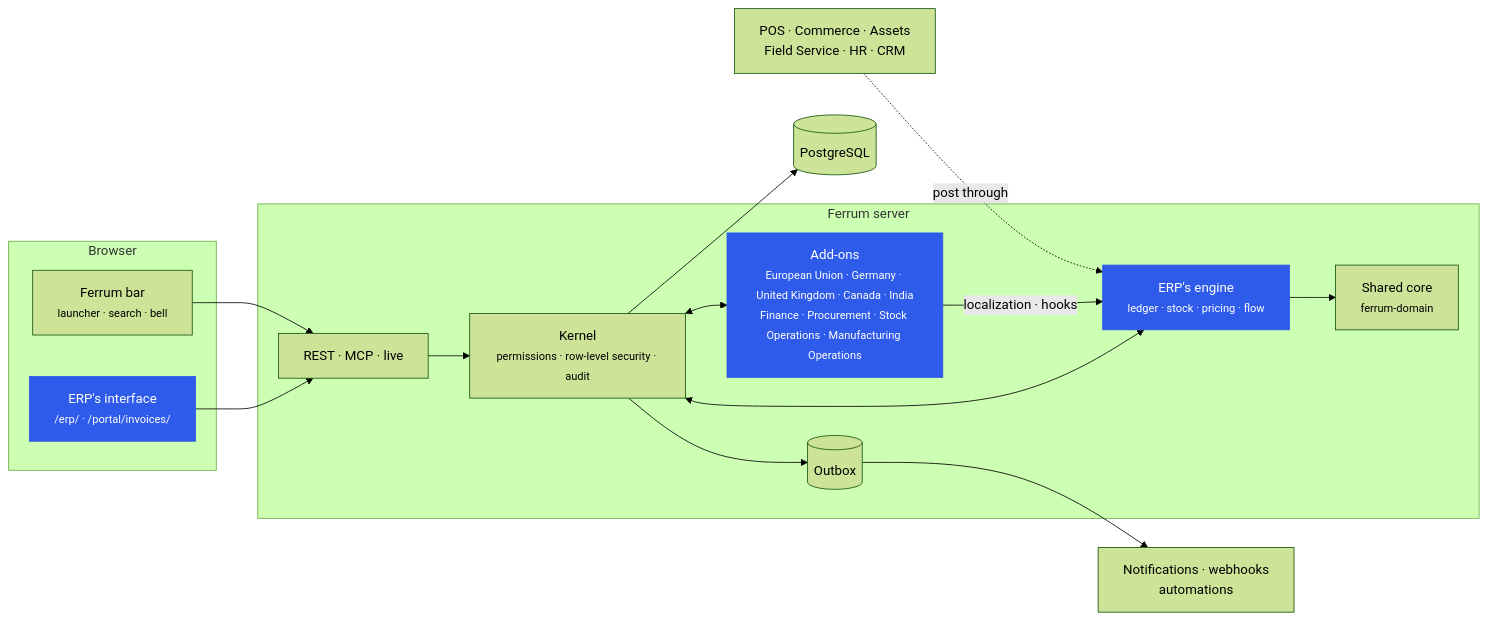
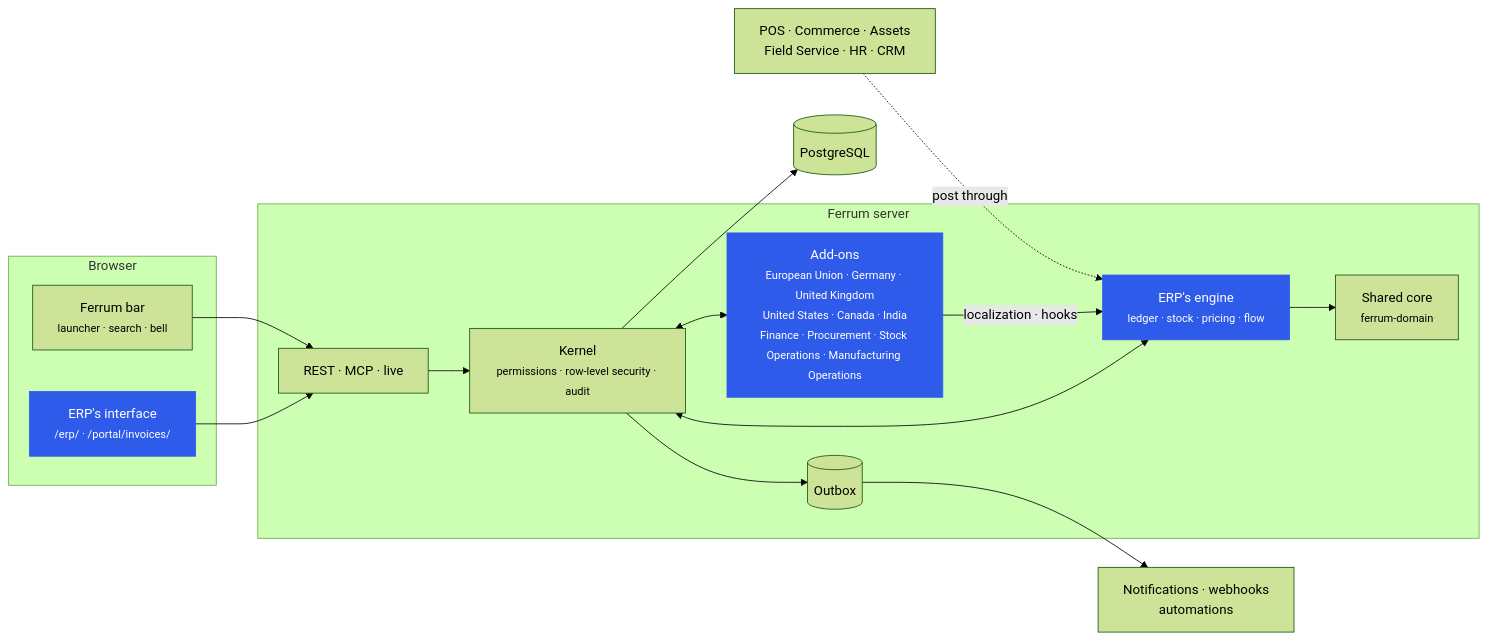
The second of 3 diagrams in README.md (CBFerrum/ferrum-app-erp), drawn with Mermaid (forest theme) before and after one commit. The commit also changed other lines of this file, not shown here.

Commit message:
README: the United States 0.1.0 (sales and use tax, exemption certificates, AvaTax, economic nexus, Forms 1099)

````diff
--- a/README.md
+++ b/README.md
@@ -151,26 +153,26 @@
 ```mermaid
 flowchart LR
     subgraph Browser
         UI["ERP's interface<br/><small>/erp/ · /portal/invoices/</small>"]
         BAR["Ferrum bar<br/><small>launcher · search · bell</small>"]
     end
     subgraph Server["Ferrum server"]
         API["REST · MCP · live"]
         K["Kernel<br/><small>permissions · row-level security · audit</small>"]
         ENG["ERP's engine<br/><small>ledger · stock · pricing · flow</small>"]
-        ADD["Add-ons<br/><small>European Union · Germany · United Kingdom · Canada · India<br/>Finance · Procurement · Stock Operations · Manufacturing Operations</small>"]
+        ADD["Add-ons<br/><small>European Union · Germany · United Kingdom<br/>United States · Canada · India<br/>Finance · Procurement · Stock Operations · Manufacturing Operations</small>"]
         CORE["Shared core<br/><small>ferrum-domain</small>"]
         OB[("Outbox")]
     end
     DB[("PostgreSQL")]
     UI --> API --> K --> DB
     BAR --> API
     K <--> ENG
     K <--> ADD
     ADD -->|localization · hooks| ENG
     ENG --> CORE
     K --> OB --> EV["Notifications · webhooks<br/>automations"]
     APPS["POS · Commerce · Assets<br/>Field Service · HR · CRM"] -. post through .-> ENG
     classDef erp fill:#2f5bea,color:#fff,stroke:#2f5bea
     class UI,ENG,ADD erp
 ```
````
